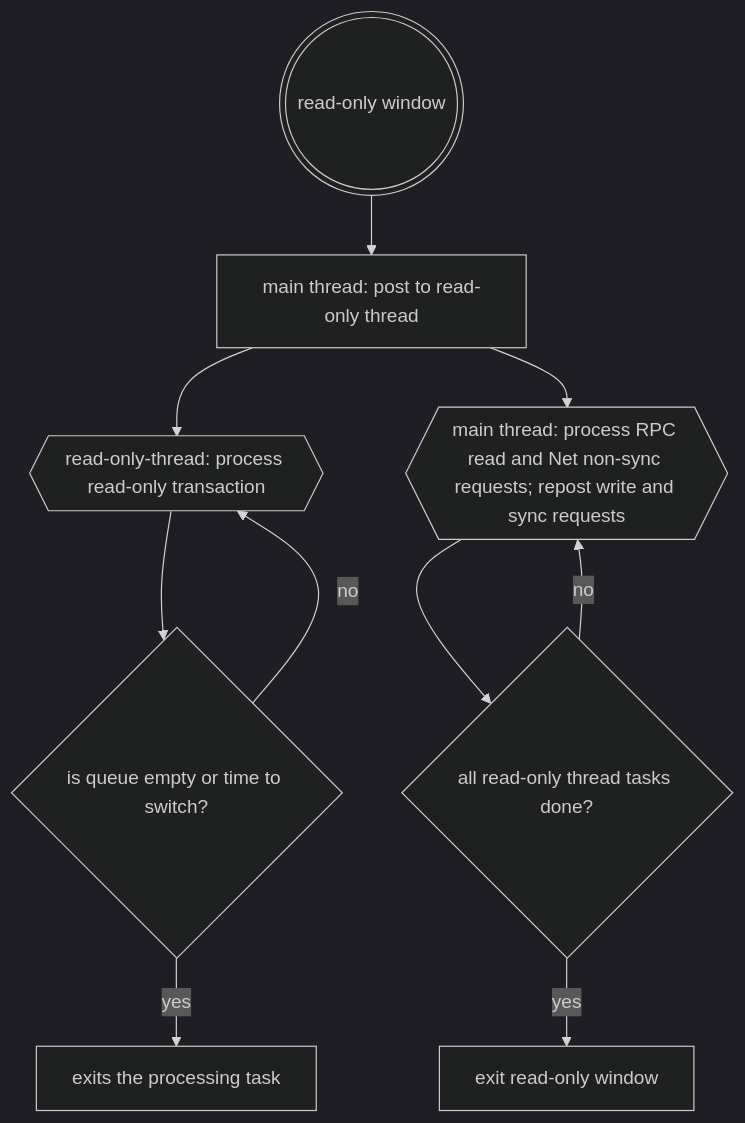
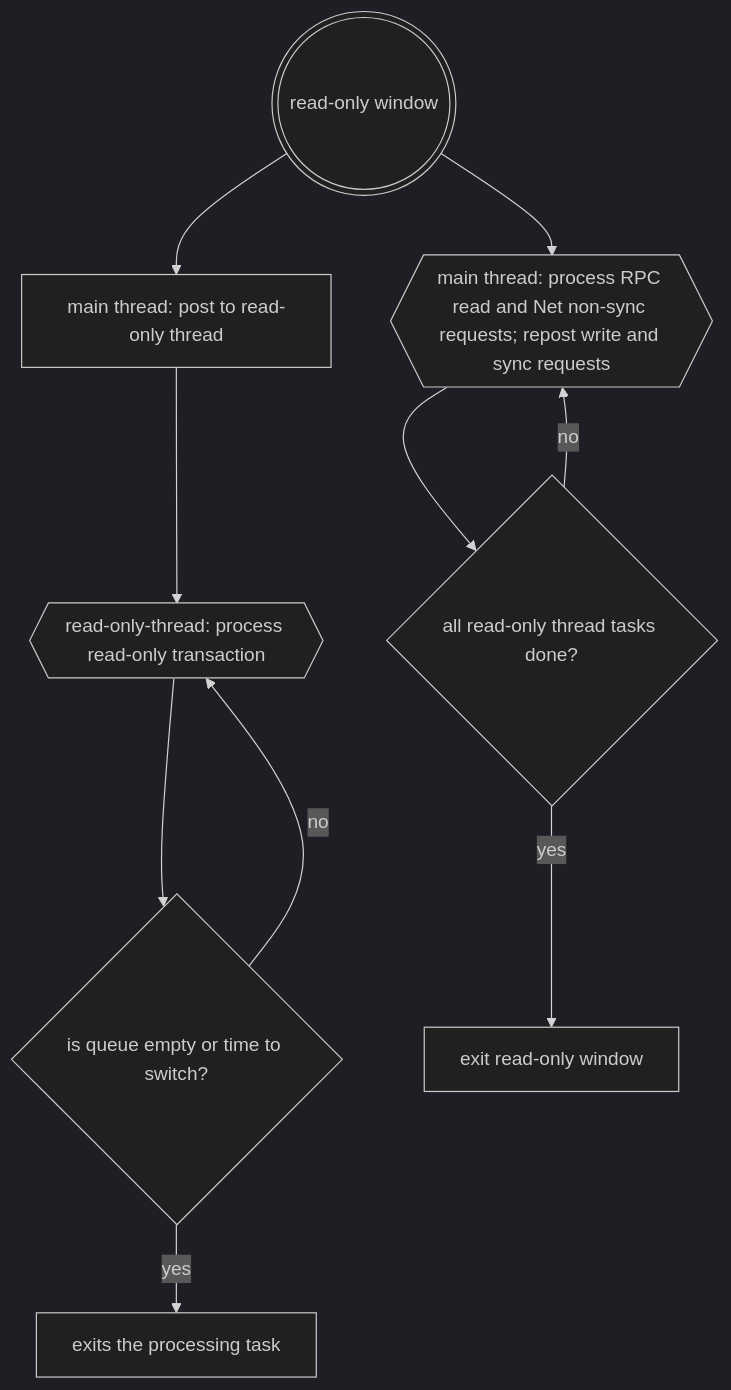
Diagram 11 of 11 in transactions/read-only/parallel.md (eosnetworkfoundation/product), drawn with Mermaid (dark theme) before and after one commit. The commit also changed other lines of this file, not shown here.

````diff
--- a/transactions/read-only/parallel.md
+++ b/transactions/read-only/parallel.md
@@ -126,12 +126,12 @@
 ```mermaid
 flowchart TD
     A(((read-only window))) --> B[main thread: post to read-only thread]
     B --> C{{read-only-thread: process read-only transaction}}
     C --> D{is queue empty or time to switch?}
     D -->|yes| E[exits the processing task]
     D -->|no| C
-    B --> F{{"main thread: process RPC read and Net non-sync requests; repost write and sync requests"}}
+    A --> F{{"main thread: process RPC read and Net non-sync requests; repost write and sync requests"}}
     F --> G{all read-only thread tasks done?}
     G -->|yes| H[exit read-only window]
     G -->|no| F
 ```
````
